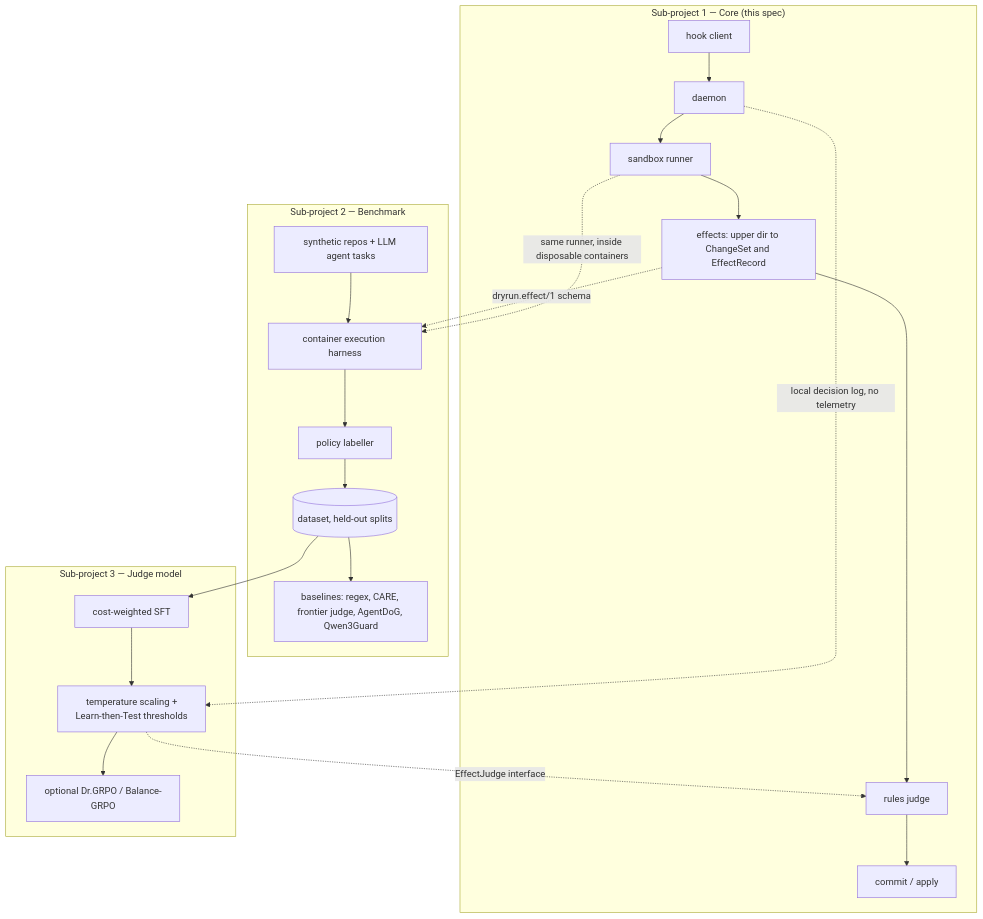
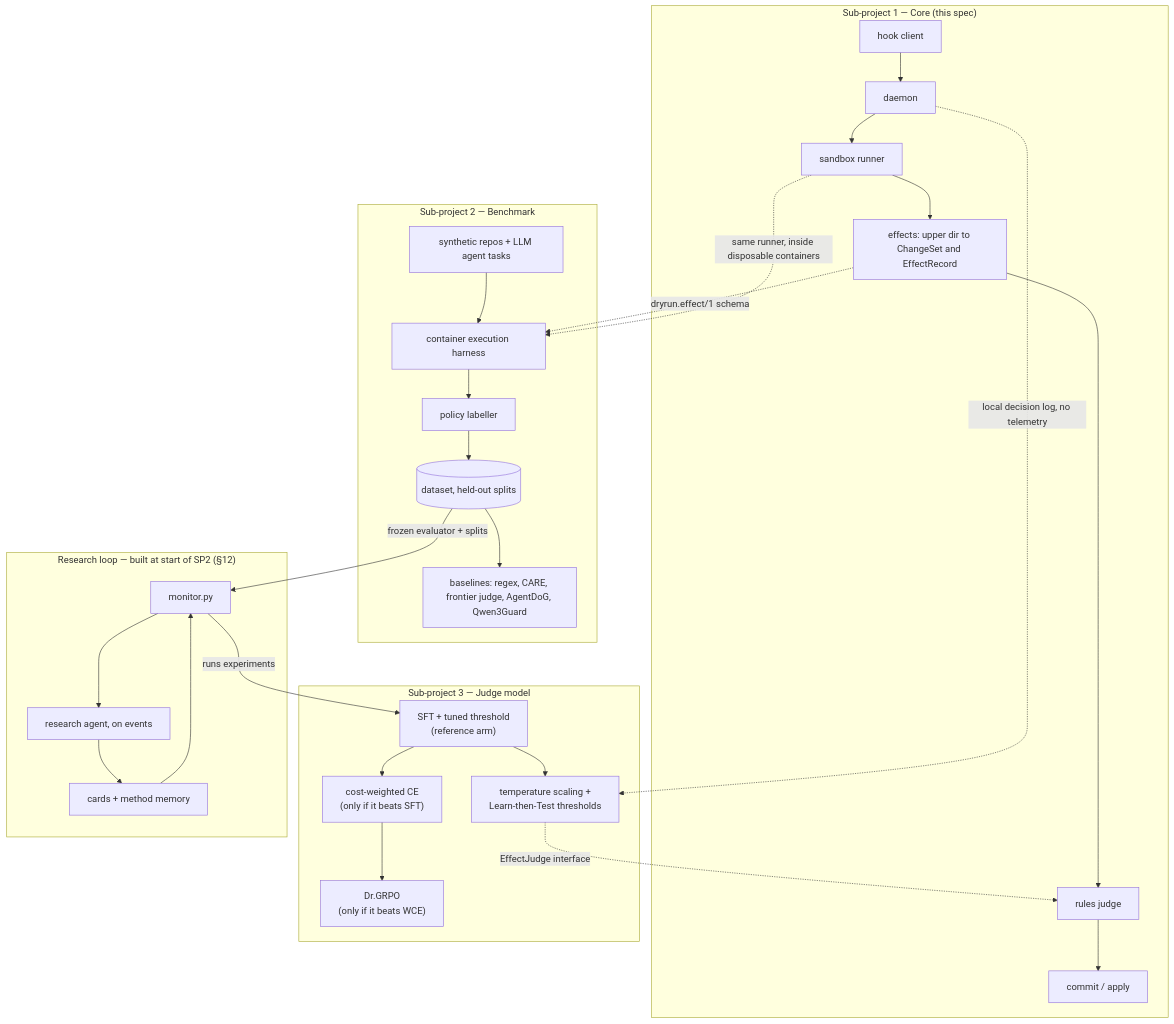
The second of 12 diagrams in docs/ARCHITECTURE.md (RyanL2/dry-run), drawn with Mermaid before and after one commit. The commit also changed other lines of this file and 12 other files, not shown here.

First line of the commit message:
Add research loop: program, seed experiment cards, facts-only notes

````diff
--- a/docs/ARCHITECTURE.md
+++ b/docs/ARCHITECTURE.md
@@ -48,25 +49,32 @@
 ```mermaid
 flowchart TB
     subgraph SP1["Sub-project 1 — Core (this spec)"]
         HK[hook client] --> DM[daemon]
         DM --> SB[sandbox runner]
         SB --> EF[effects: upper dir to ChangeSet and EffectRecord]
         EF --> RJ[rules judge]
         RJ --> CM[commit / apply]
     end
     subgraph SP2["Sub-project 2 — Benchmark"]
         GEN[synthetic repos + LLM agent tasks] --> HAR[container execution harness]
         HAR --> LAB[policy labeller]
         LAB --> DS[(dataset, held-out splits)]
         DS --> BL[baselines: regex, CARE, frontier judge, AgentDoG, Qwen3Guard]
     end
     subgraph SP3["Sub-project 3 — Judge model"]
-        SFT[cost-weighted SFT] --> CAL["temperature scaling +<br/>Learn-then-Test thresholds"]
-        CAL --> GG[optional Dr.GRPO / Balance-GRPO]
+        SFT["SFT + tuned threshold<br/>(reference arm)"] --> WCE["cost-weighted CE<br/>(only if it beats SFT)"]
+        WCE --> GG["Dr.GRPO<br/>(only if it beats WCE)"]
+        SFT --> CAL["temperature scaling +<br/>Learn-then-Test thresholds"]
+    end
+    subgraph SPR["Research loop — built at start of SP2 (§12)"]
+        MON[monitor.py] --> AG[research agent, on events]
+        AG --> CARDS[cards + method memory]
+        CARDS --> MON
     end
     EF -. "dryrun.effect/1 schema" .-> HAR
     SB -. "same runner, inside disposable containers" .-> HAR
-    DS --> SFT
+    DS -- "frozen evaluator + splits" --> MON
+    MON -- "runs experiments" --> SFT
     CAL -. "EffectJudge interface" .-> RJ
     DM -. "local decision log, no telemetry" .-> CAL
 ```
````
